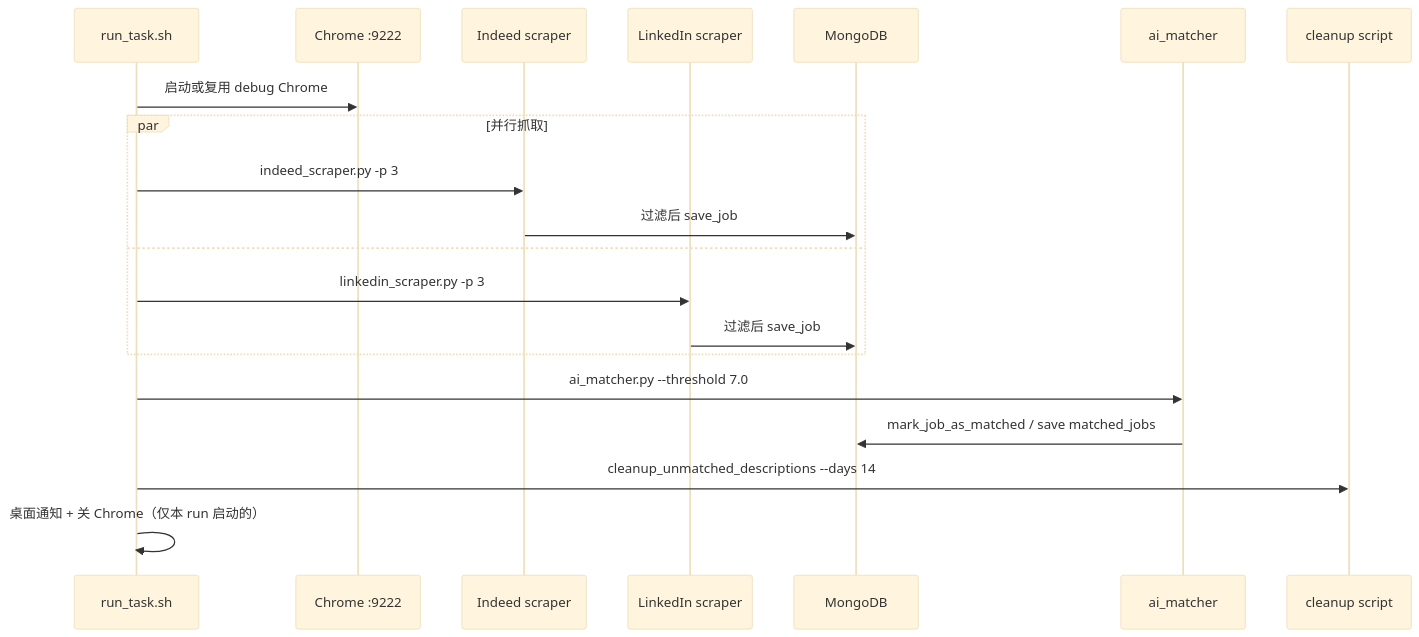
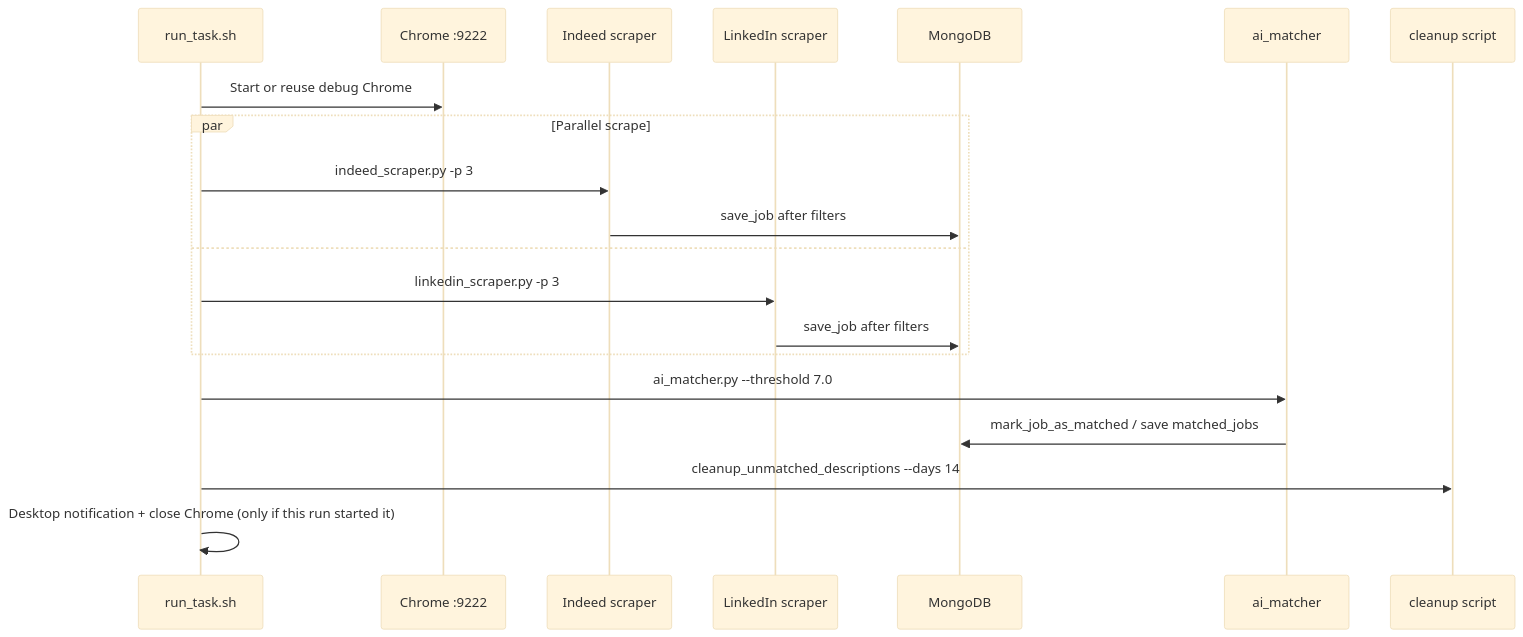
The second of 5 diagrams in docs/architecture.md (CarrieNong/job_scraper), drawn with Mermaid (base theme) before and after one commit. The commit also changed other lines of this file and 1 other file, not shown here.

````diff
--- a/docs/architecture.md
+++ b/docs/architecture.md
@@ -116,23 +118,23 @@
 ```mermaid
 sequenceDiagram
     participant S as run_task.sh
     participant C as Chrome :9222
     participant I as Indeed scraper
     participant L as LinkedIn scraper
     participant DB as MongoDB
     participant AI as ai_matcher
     participant CL as cleanup script
 
-    S->>C: 启动或复用 debug Chrome
-    par 并行抓取
+    S->>C: Start or reuse debug Chrome
+    par Parallel scrape
         S->>I: indeed_scraper.py -p 3
-        I->>DB: 过滤后 save_job
+        I->>DB: save_job after filters
     and
         S->>L: linkedin_scraper.py -p 3
-        L->>DB: 过滤后 save_job
+        L->>DB: save_job after filters
     end
     S->>AI: ai_matcher.py --threshold 7.0
     AI->>DB: mark_job_as_matched / save matched_jobs
     S->>CL: cleanup_unmatched_descriptions --days 14
-    S->>S: 桌面通知 + 关 Chrome（仅本 run 启动的）
+    S->>S: Desktop notification + close Chrome (only if this run started it)
 ```
````
